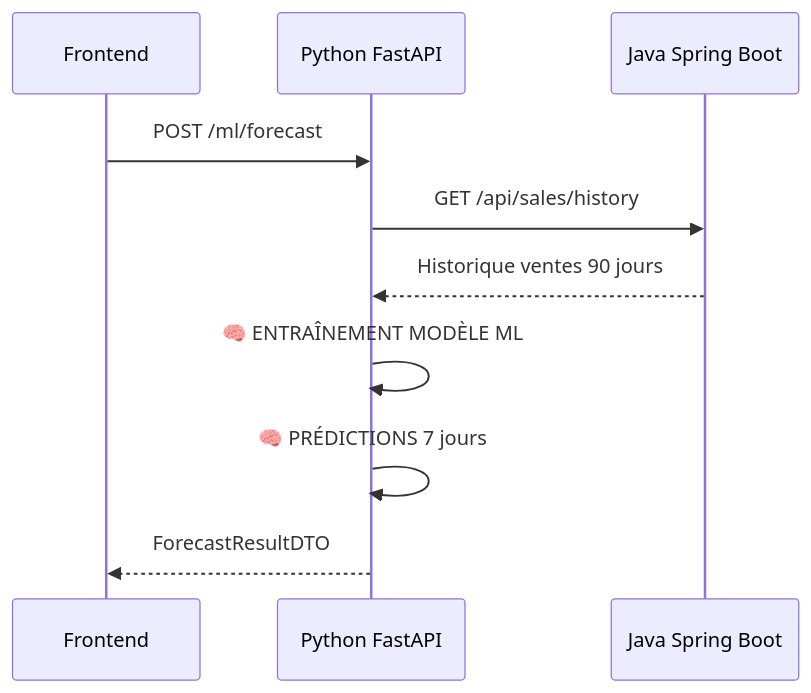
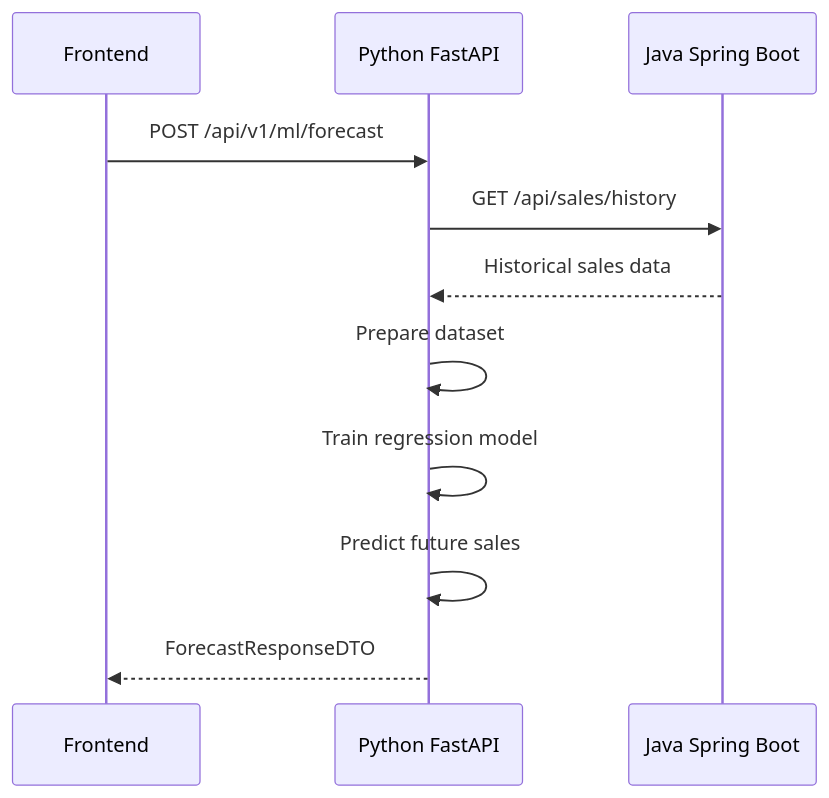
Before and after one commit to rado4002/-SalesFlow-Lite: the third of 10 diagrams in backend-python/docs/SOFTWAREE DESIGN.md, drawn with Mermaid. The commit also changed other lines of this file, not shown here.

````diff
--- a/backend-python/docs/SOFTWAREE DESIGN.md
+++ b/backend-python/docs/SOFTWAREE DESIGN.md
@@ -107,13 +92,14 @@
 ```mermaid
 sequenceDiagram
     participant F as Frontend
     participant P as Python FastAPI
     participant J as Java Spring Boot
-    
-    F->>P: POST /ml/forecast
+
+    F->>P: POST /api/v1/ml/forecast
     P->>J: GET /api/sales/history
-    J-->>P: Historique ventes 90 jours
-    P->>P: 🧠 ENTRAÎNEMENT MODÈLE ML
-    P->>P: 🧠 PRÉDICTIONS 7 jours
-    P-->>F: ForecastResultDTO
+    J-->>P: Historical sales data
+    P->>P: Prepare dataset
+    P->>P: Train regression model
+    P->>P: Predict future sales
+    P-->>F: ForecastResponseDTO
 ```
````
